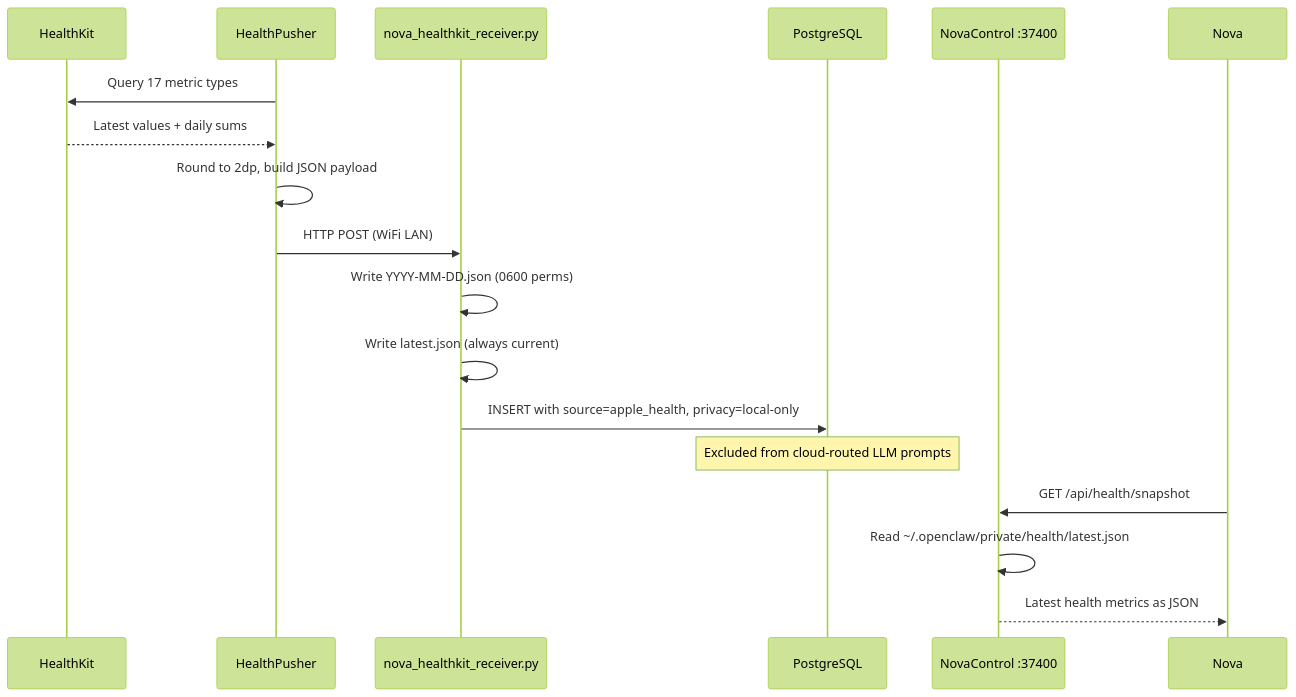
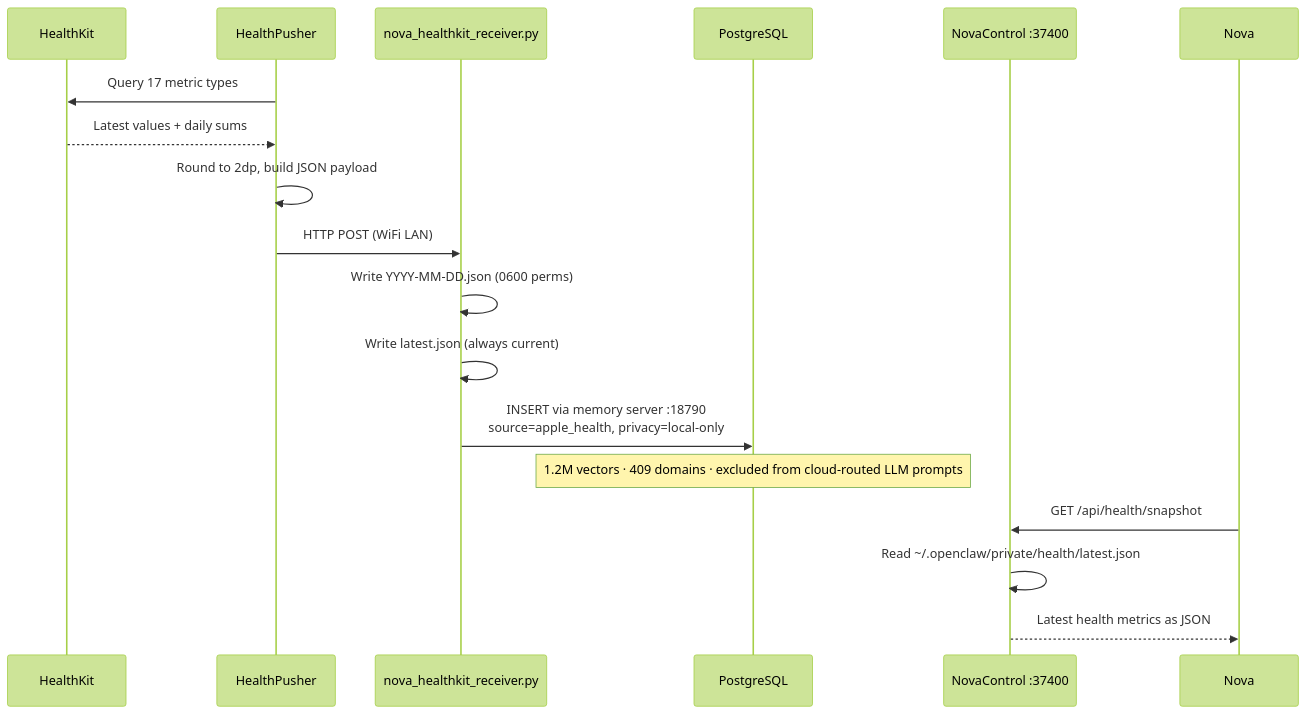
One commit to kochj23/NovaHealth changed the second of 3 diagrams in README.md. Above: the diagram before and after it, drawn with Mermaid (forest theme). The commit also changed other lines of this file, not shown here.

````diff
--- a/README.md
+++ b/README.md
@@ -43,21 +43,21 @@
 ```mermaid
 sequenceDiagram
     participant HealthKit
     participant Pusher as HealthPusher
     participant Recv as nova_healthkit_receiver.py
     participant PG as PostgreSQL
     participant NC as NovaControl :37400
     participant Nova as Nova
 
     Pusher->>HealthKit: Query 17 metric types
     HealthKit-->>Pusher: Latest values + daily sums
     Pusher->>Pusher: Round to 2dp, build JSON payload
     Pusher->>Recv: HTTP POST (WiFi LAN)
     Recv->>Recv: Write YYYY-MM-DD.json (0600 perms)
     Recv->>Recv: Write latest.json (always current)
-    Recv->>PG: INSERT with source=apple_health, privacy=local-only
-    Note over PG: Excluded from cloud-routed LLM prompts
+    Recv->>PG: INSERT via memory server :18790<br/>source=apple_health, privacy=local-only
+    Note over PG: 1.2M vectors · 409 domains · excluded from cloud-routed LLM prompts
     Nova->>NC: GET /api/health/snapshot
     NC->>NC: Read ~/.openclaw/private/health/latest.json
     NC-->>Nova: Latest health metrics as JSON
 ```
````
